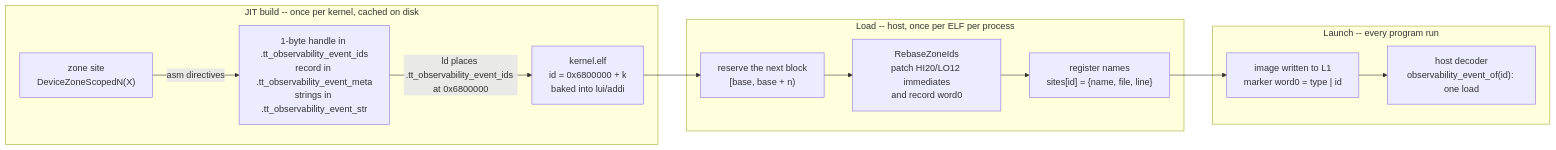
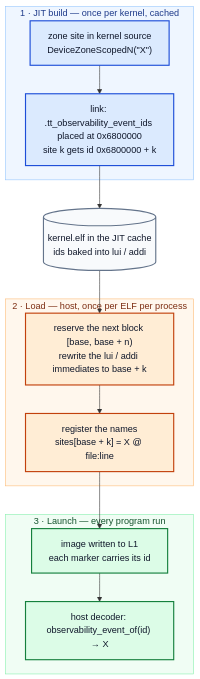
Before and after one commit to tenstorrent/tt-metal: the first of 2 diagrams in tt_metal/tools/profiler/STREAMING_PROFILER_ZONE_IDS.md, drawn with Mermaid. The commit also changed other lines of this file, not shown here.

Commit message:
profiler: zone-id doc -- browser-sized diagrams, and why the id is lui + addi
The overview diagram was one wide left-to-right graph that GitHub scaled down to column width.
It is now top-to-bottom with short labels and one colour per stage (build / load / launch), so
it renders at natural size; a second, two-column diagram at the top of section 1 shows the four
places a zone site writes and which one reaches the device. New bullet: why the id costs two
instructions on RV32 (12-bit addi, 20-bit lui, no 16/32-bit immediate; the loader rewrites
immediates in place and cannot drop the lui; placing the section below 4 KiB would cap the
process at 2047 ids).

````diff
--- a/tt_metal/tools/profiler/STREAMING_PROFILER_ZONE_IDS.md
+++ b/tt_metal/tools/profiler/STREAMING_PROFILER_ZONE_IDS.md
@@ -12,16 +12,30 @@
 ```mermaid
-flowchart LR
-  subgraph build["JIT build -- once per kernel, cached on disk"]
-    A["zone site<br/>DeviceZoneScopedN(X)"] -->|asm directives| B["1-byte handle in .tt_observability_event_ids<br/>record in .tt_observability_event_meta<br/>strings in .tt_observability_event_str"]
-    B -->|"ld places .tt_observability_event_ids at 0x6800000"| C["kernel.elf<br/>id = 0x6800000 + k<br/>baked into lui/addi"]
+flowchart TB
+  classDef build fill:#DBEAFE,stroke:#1D4ED8,stroke-width:2px,color:#0F172A
+  classDef load  fill:#FFEDD5,stroke:#C2410C,stroke-width:2px,color:#0F172A
+  classDef run   fill:#DCFCE7,stroke:#15803D,stroke-width:2px,color:#0F172A
+  classDef file  fill:#F8FAFC,stroke:#64748B,stroke-width:2px,color:#0F172A
+
+  subgraph B[" 1 · JIT build — once per kernel, cached "]
+    S["zone site in kernel source<br/>DeviceZoneScopedN(&quot;X&quot;)"]:::build
+    L["link: .tt_observability_event_ids placed at 0x6800000<br/>site k gets id 0x6800000 + k"]:::build
+    S --> L
   end
-  subgraph load["Load -- host, once per ELF per process"]
-    C --> D["reserve the next block<br/>[base, base + n)"]
-    D --> E["RebaseZoneIds<br/>patch HI20/LO12 immediates<br/>and record word0"]
-    E --> F["register names<br/>sites[id] = {name, file, line}"]
+  E[("kernel.elf in the JIT cache<br/>ids baked into lui / addi")]:::file
+  subgraph LD[" 2 · Load — host, once per ELF per process "]
+    R["reserve the next block [base, base + n)<br/>rewrite the lui / addi immediates to base + k"]:::load
+    N["register the names<br/>sites[base + k] = X @ file:line"]:::load
+    R --> N
   end
-  subgraph run["Launch -- every program run"]
-    F --> G["image written to L1<br/>marker word0 = type | id"]
-    G --> H["host decoder<br/>observability_event_of(id): one load"]
+  subgraph RN[" 3 · Launch — every program run "]
+    D["image written to L1<br/>each marker carries its id"]:::run
+    H["host decoder: observability_event_of(id) → X"]:::run
+    D --> H
   end
+  L --> E --> R
+  N --> D
+
+  style B  fill:#EFF6FF,stroke:#93C5FD,color:#1E3A8A
+  style LD fill:#FFF7ED,stroke:#FDBA74,color:#7C2D12
+  style RN fill:#F0FDF4,stroke:#86EFAC,color:#14532D
 ```
````
